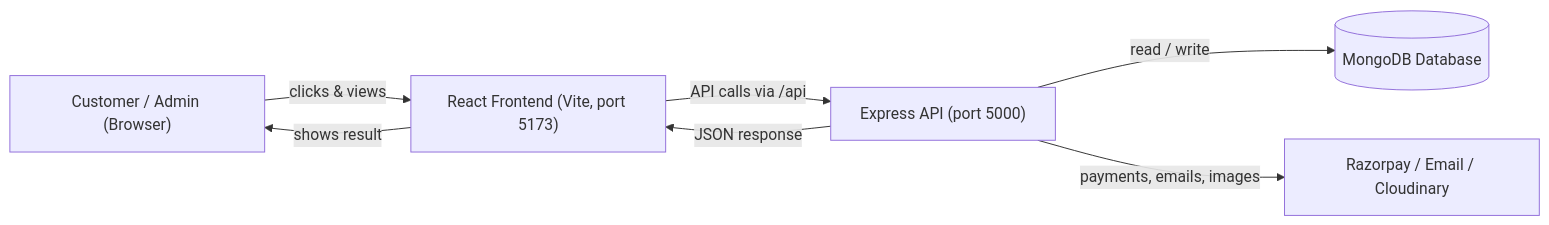
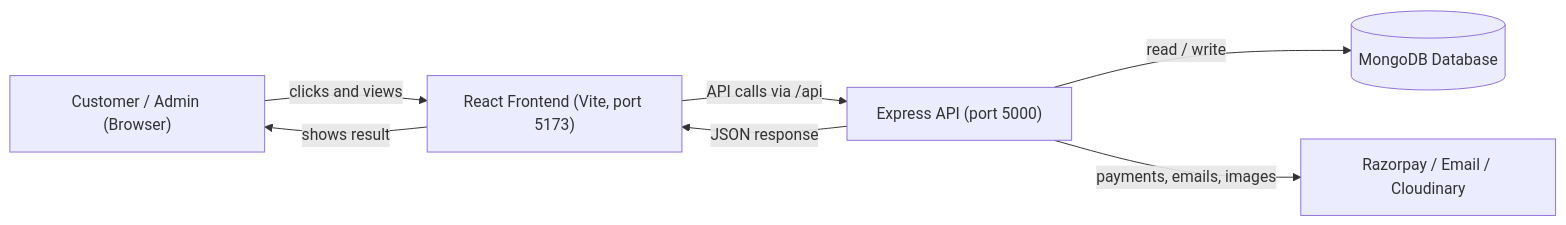
One commit to zaid154/Nexa-Mart changed the first of 4 diagrams in README.md. Above: the diagram before and after it, drawn with Mermaid. The commit also changed other lines of this file and 106 other files, not shown here.

````diff
--- a/README.md
+++ b/README.md
@@ -108,15 +121,15 @@
 ```mermaid
 flowchart LR
     user["Customer / Admin (Browser)"]
     frontend["React Frontend (Vite, port 5173)"]
     backend["Express API (port 5000)"]
     db[("MongoDB Database")]
     services["Razorpay / Email / Cloudinary"]
 
-    user -->|clicks & views| frontend
+    user -->|clicks and views| frontend
     frontend -->|API calls via /api| backend
     backend -->|read / write| db
     backend -->|payments, emails, images| services
     backend -->|JSON response| frontend
     frontend -->|shows result| user
 ```
````
